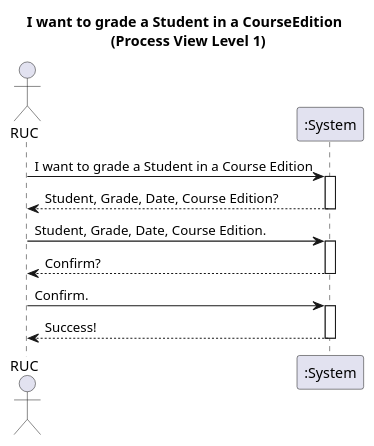
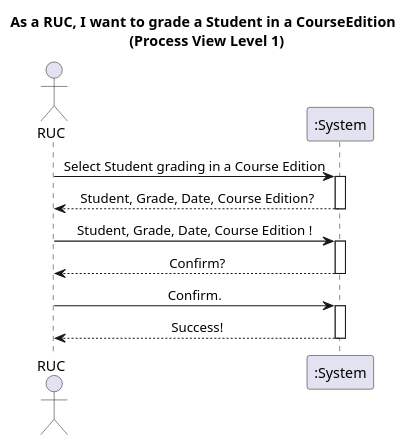
Before and after one commit to GasparISEP/DevOps-PAI: the diagram in docs/US22/REST_API/ProcessView/Level1.puml, drawn with PlantUML. The commit also changed 1 other file, not shown here.

Commit message:
Refs #560: Improve Level 1 and 2 of ProcessView diagrams of US22 Student Grading funcionality

```diff
--- a/docs/US22/REST_API/ProcessView/Level1.puml
+++ b/docs/US22/REST_API/ProcessView/Level1.puml
@@ -1,21 +1,22 @@
 @startuml
 actor RUC
+skinparam sequencemessagealign center
 
-title I want to grade a Student in a CourseEdition \n (Process View Level 1)
+title As a RUC, I want to grade a Student in a CourseEdition \n (Process View Level 1)
 
 participant ":System" as System
 
-RUC -> System  : I want to grade a Student in a Course Edition
+RUC -> System  : Select Student grading in a Course Edition
 activate System
 System --> RUC  : Student, Grade, Date, Course Edition?
 deactivate System
-RUC -> System : Student, Grade, Date, Course Edition.
+RUC -> System : Student, Grade, Date, Course Edition !
 activate System
 System --> RUC : Confirm?
 deactivate System
 RUC -> System : Confirm.
 activate System
 System --> RUC : Success!
 deactivate System
 
 @enduml
```
